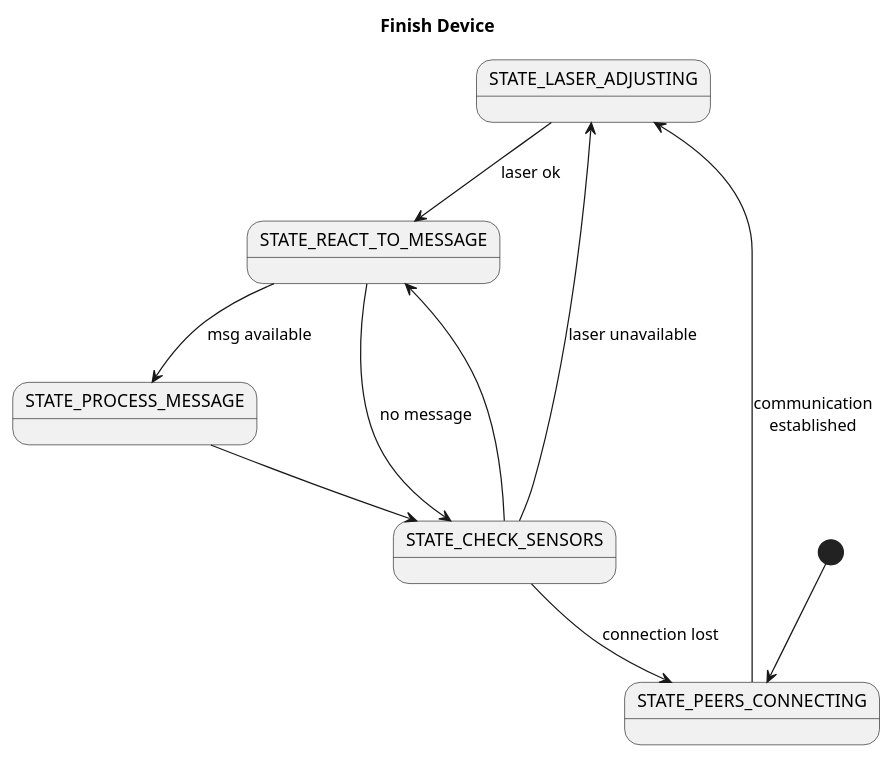
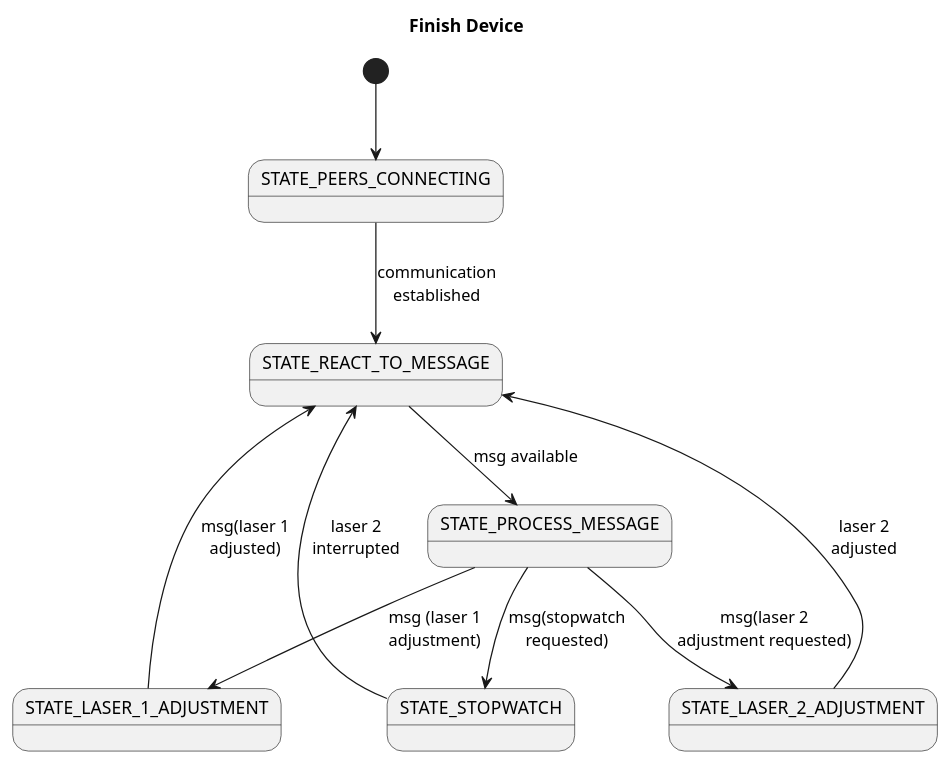
One commit to bardolf/fatrug changed the diagram in doc/uml/state_diagram_finish.plantuml. Above: the diagram before and after it, drawn with PlantUML. The commit also changed 7 other files, not shown here.

```diff
--- a/doc/uml/state_diagram_finish.plantuml
+++ b/doc/uml/state_diagram_finish.plantuml
@@ -1,21 +1,22 @@
 @startuml
 
 title Finish Device
 
-state "STATE_LASER_ADJUSTING" as laser
 state "STATE_PEERS_CONNECTING" as connection
 state "STATE_REACT_TO_MESSAGE" as react
+state "STATE_LASER_1_ADJUSTMENT" as laser1
+state "STATE_LASER_2_ADJUSTMENT" as laser2
+state "STATE_STOPWATCH" as stopwatch
 state "STATE_PROCESS_MESSAGE" as process
-state "STATE_CHECK_SENSORS" as check
 
 [*] --> connection
-connection --> laser : communication\nestablished
-laser --> react : laser ok
+connection --> react : communication\nestablished
 react --> process : msg available
-process --> check
-react --> check : no message
-check --> react
-check --> laser : laser unavailable
-check --> connection : connection lost
+process --> laser1 : msg (laser 1\nadjustment)
+process --> laser2 : msg(laser 2\nadjustment requested)
+process --> stopwatch : msg(stopwatch\nrequested)
+laser1 --> react : msg(laser 1\nadjusted)
+laser2 --> react : laser 2\nadjusted
+stopwatch --> react : laser 2\ninterrupted
 
 @enduml
```
